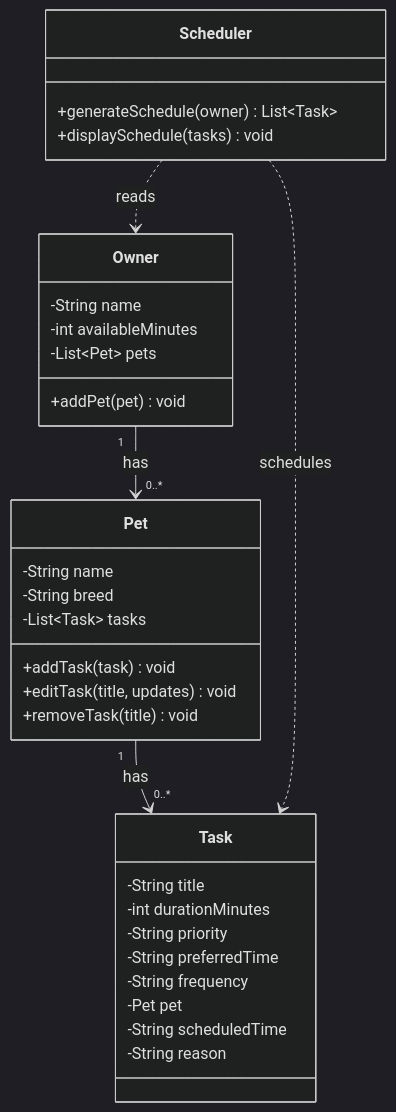
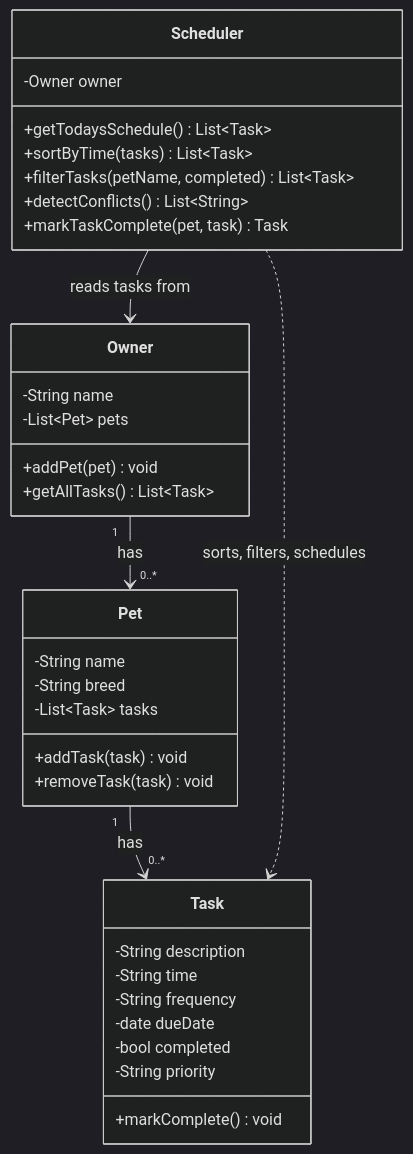
One commit to sedo-swe-22/ai110-module2show-pawpal-starter changed the diagram in diagrams/uml.mmd. Above: the diagram before and after it, drawn with Mermaid (dark theme). The commit also changed 2 other files, not shown here.

Commit message:
Update class skeletons from UML to match project requirements

```diff
--- a/diagrams/uml.mmd
+++ b/diagrams/uml.mmd
@@ -1,37 +1,39 @@
 classDiagram
-    class Owner {
-        -String name
-        -int availableMinutes
-        -List~Pet~ pets
-        +addPet(pet) void
+    class Task {
+        -String description
+        -String time
+        -String frequency
+        -date dueDate
+        -bool completed
+        -String priority
+        +markComplete() void
     }
 
     class Pet {
         -String name
         -String breed
         -List~Task~ tasks
         +addTask(task) void
-        +editTask(title, updates) void
-        +removeTask(title) void
+        +removeTask(task) void
     }
 
-    class Task {
-        -String title
-        -int durationMinutes
-        -String priority
-        -String preferredTime
-        -String frequency
-        -Pet pet
-        -String scheduledTime
-        -String reason
+    class Owner {
+        -String name
+        -List~Pet~ pets
+        +addPet(pet) void
+        +getAllTasks() List~Task~
     }
 
     class Scheduler {
-        +generateSchedule(owner) List~Task~
-        +displaySchedule(tasks) void
+        -Owner owner
+        +getTodaysSchedule() List~Task~
+        +sortByTime(tasks) List~Task~
+        +filterTasks(petName, completed) List~Task~
+        +detectConflicts() List~String~
+        +markTaskComplete(pet, task) Task
     }
 
     Owner "1" --> "0..*" Pet : has
     Pet "1" --> "0..*" Task : has
-    Scheduler ..> Owner : reads
-    Scheduler ..> Task : schedules
+    Scheduler --> Owner : reads tasks from
+    Scheduler ..> Task : sorts, filters, schedules
```
